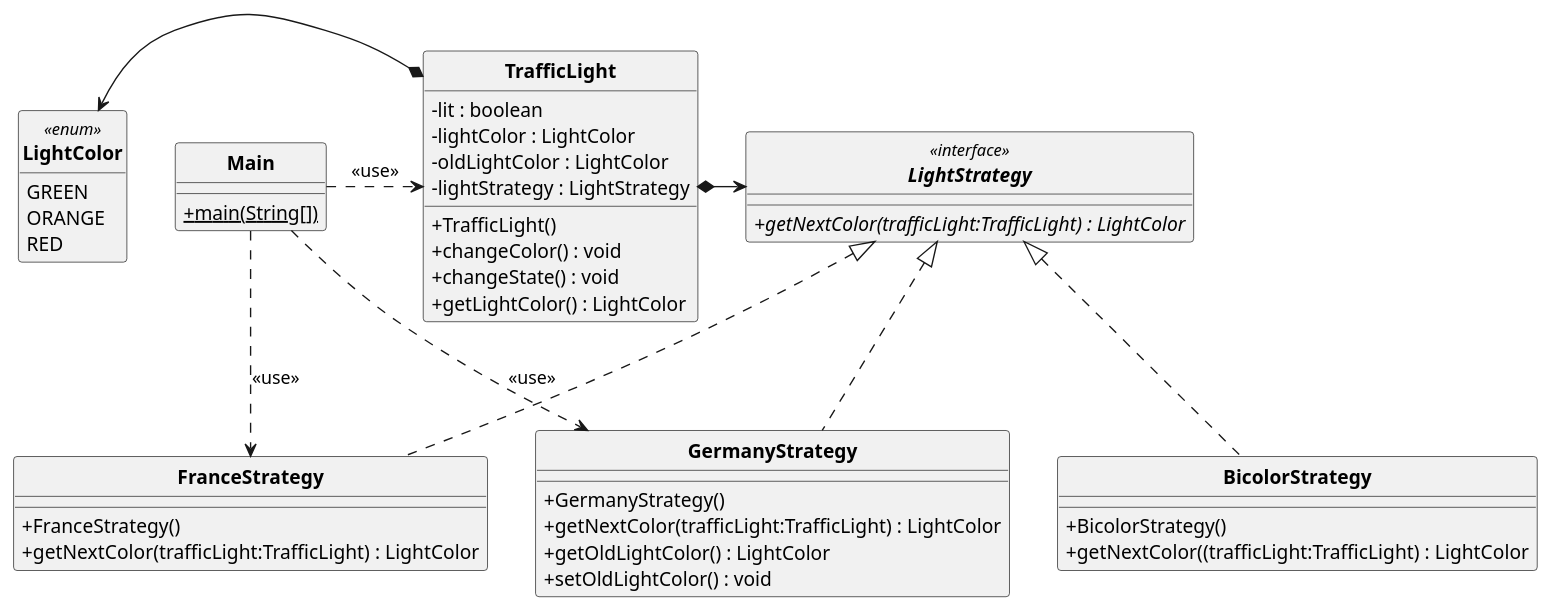
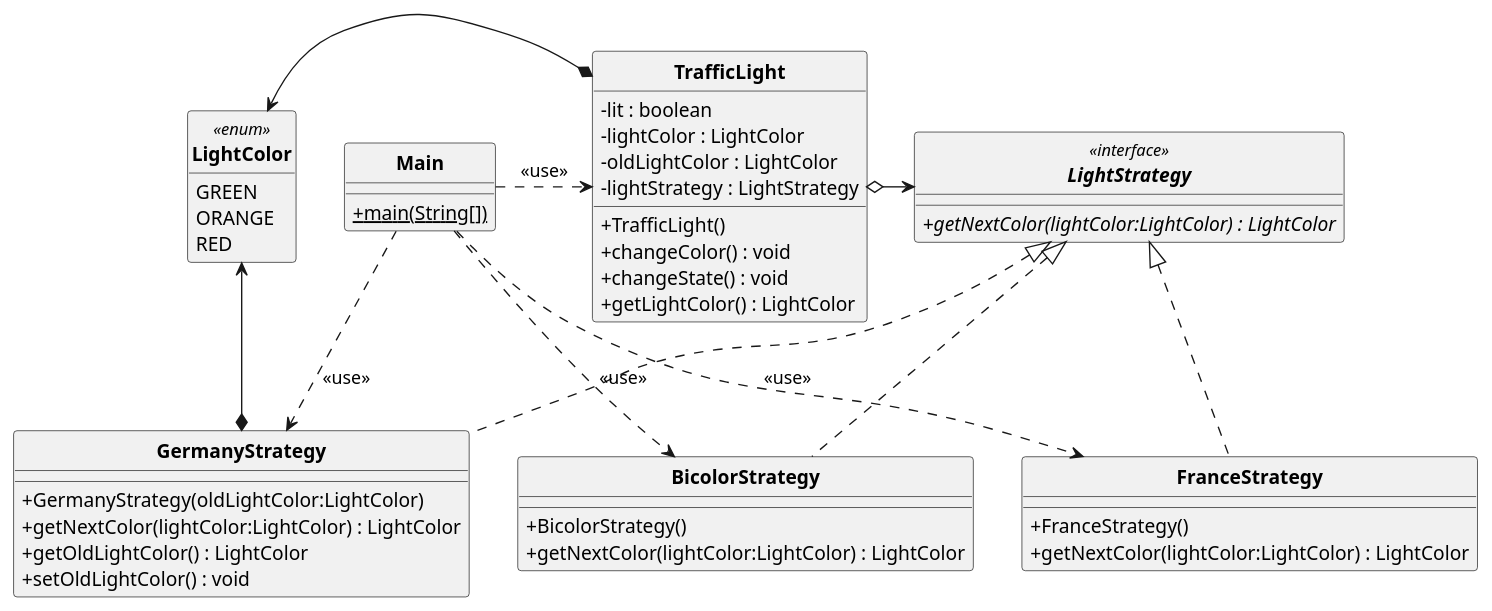
Before and after one commit to BaptisteWetterwald/dut-a31: the diagram in src/TD2/Exo1/exo1.puml, drawn with PlantUML. The commit also changed 1 other file, not shown here.

```diff
--- a/src/TD2/Exo1/exo1.puml
+++ b/src/TD2/Exo1/exo1.puml
@@ -1,66 +1,67 @@
 @startuml
 'https://plantuml.com/class-diagram
 
 skinparam style strictuml
 skinparam classAttributeIconSize 0
 skinparam classFontStyle Bold
 hide enum methods
 
 enum LightColor <<enum>>
 {
     GREEN
     ORANGE
     RED
 }
 
 interface LightStrategy <<interface>>
 {
-    + {abstract} getNextColor(trafficLight:TrafficLight) : LightColor
+    + {abstract} getNextColor(lightColor:LightColor) : LightColor
 }
 
 class Main
 {
     + {static} main(String[])
 }
 
 class TrafficLight
 {
     - lit : boolean
     - lightColor : LightColor
     - oldLightColor : LightColor
     - lightStrategy : LightStrategy
 
     + TrafficLight()
     + changeColor() : void
     + changeState() : void
     + getLightColor() : LightColor
 }
 
 class FranceStrategy implements LightStrategy
 {
     + FranceStrategy()
-    + getNextColor(trafficLight:TrafficLight) : LightColor
+    + getNextColor(lightColor:LightColor) : LightColor
 }
 
 class GermanyStrategy implements LightStrategy
 {
-    + GermanyStrategy()
-    + getNextColor(trafficLight:TrafficLight) : LightColor
+    + GermanyStrategy(oldLightColor:LightColor)
+    + getNextColor(lightColor:LightColor) : LightColor
     + getOldLightColor() : LightColor
     + setOldLightColor() : void
 }
 
 class BicolorStrategy implements LightStrategy
 {
     + BicolorStrategy()
-    + getNextColor((trafficLight:TrafficLight) : LightColor
+    + getNextColor(lightColor:LightColor) : LightColor
 }
 
-TrafficLight *-> LightStrategy
+TrafficLight o-> LightStrategy
 TrafficLight *-left> LightColor
+GermanyStrategy *-> LightColor
 Main .> TrafficLight : <<use>>
 Main .> FranceStrategy : <<use>>
 Main .> GermanyStrategy : <<use>>
-
+Main .> BicolorStrategy : <<use>>
 
 @enduml
```
